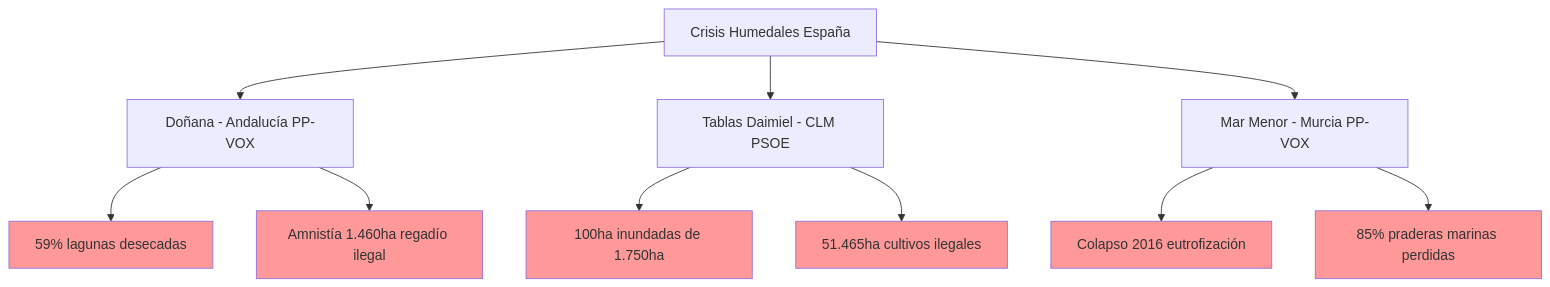
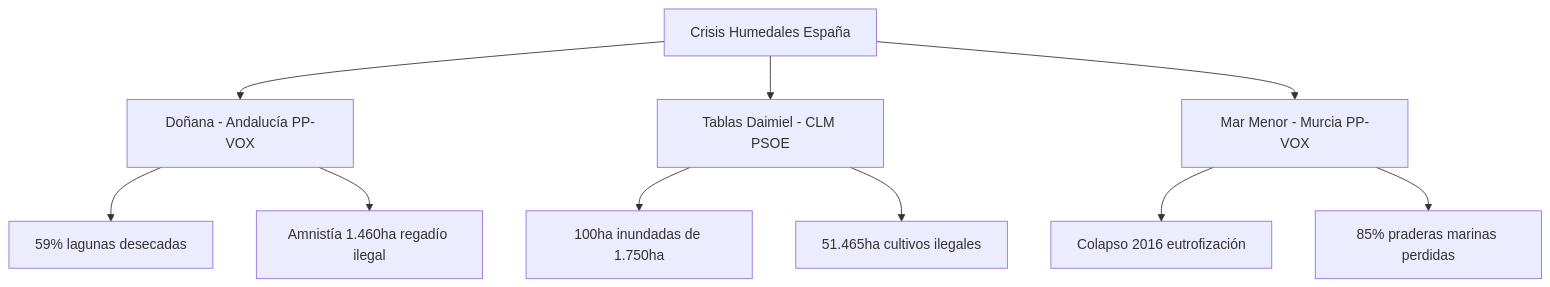
One commit to perpetuocambio/annotations changed the seventh of 10 diagrams in politica/medioambiente/analisis_multifactorial_incendios.md. Above: the diagram before and after it, drawn with Mermaid. The commit also changed other lines of this file, not shown here.

````diff
--- a/politica/medioambiente/analisis_multifactorial_incendios.md
+++ b/politica/medioambiente/analisis_multifactorial_incendios.md
@@ -377,22 +367,15 @@
 ```mermaid
 graph TD
     A[Crisis Humedales España] --> B[Doñana - Andalucía PP-VOX]
     A --> C[Tablas Daimiel - CLM PSOE]
     A --> D[Mar Menor - Murcia PP-VOX]
     
     B --> E[59% lagunas desecadas]
     B --> F[Amnistía 1.460ha regadío ilegal]
     
     C --> G[100ha inundadas de 1.750ha]
     C --> H[51.465ha cultivos ilegales]
     
     D --> I[Colapso 2016 eutrofización]
     D --> J[85% praderas marinas perdidas]
-    
-    style E fill:#ff9999
-    style F fill:#ff9999
-    style G fill:#ff9999
-    style H fill:#ff9999
-    style I fill:#ff9999
-    style J fill:#ff9999
 ```
````
